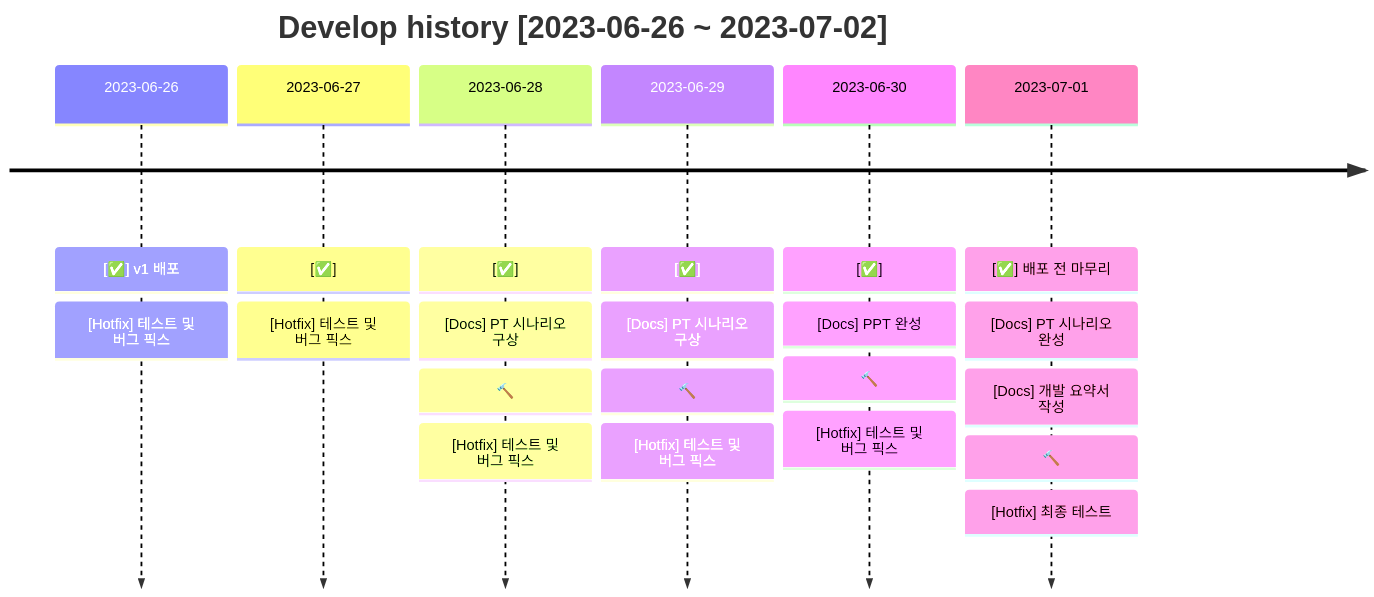
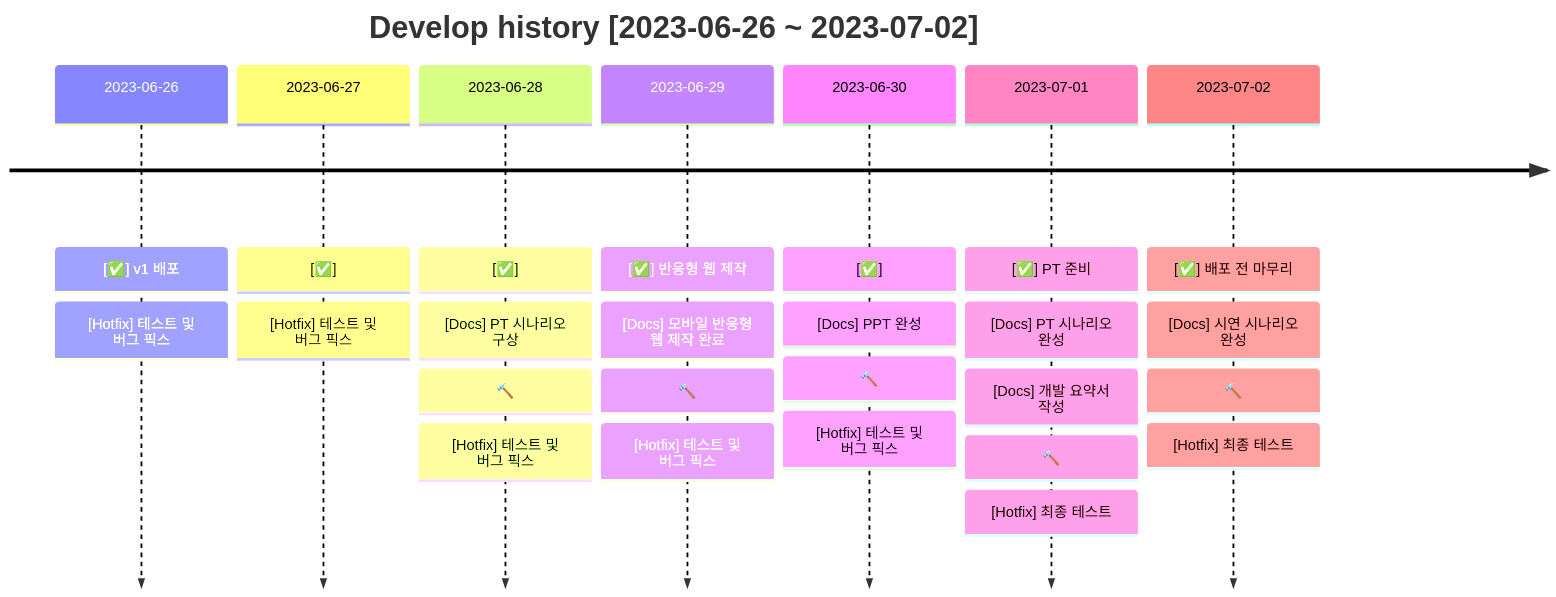
The fifth of 7 diagrams in docs/README.md (Hazel0c0/ddamddam-club-org), drawn with Mermaid before and after one commit. The commit also changed other lines of this file and 2 other files, not shown here.

````diff
--- a/docs/README.md
+++ b/docs/README.md
@@ -223,25 +260,29 @@
 ```mermaid
 timeline
     title Develop history [2023-06-26 ~ 2023-07-02]
     2023-06-26: [✅] v1 배포
             : [Hotfix] 테스트 및 버그 픽스
     2023-06-27: [✅]
             : [Hotfix] 테스트 및 버그 픽스
     2023-06-28: [✅]
             : [Docs] PT 시나리오 구상
             : 🔨
             : [Hotfix] 테스트 및 버그 픽스
-    2023-06-29: [✅]
-            : [Docs] PT 시나리오 구상
+    2023-06-29: [✅] 반응형 웹 제작
+            : [Docs] 모바일 반응형 웹 제작 완료
             : 🔨
             : [Hotfix] 테스트 및 버그 픽스
     2023-06-30: [✅]
             : [Docs] PPT 완성
             : 🔨
             : [Hotfix] 테스트 및 버그 픽스
-    2023-07-01: [✅] 배포 전 마무리
+    2023-07-01: [✅] PT 준비
             : [Docs] PT 시나리오 완성
             : [Docs] 개발 요약서 작성
             : 🔨
             : [Hotfix] 최종 테스트
+    2023-07-02: [✅] 배포 전 마무리
+            : [Docs] 시연 시나리오 완성
+            : 🔨
+            : [Hotfix] 최종 테스트
 ```
````
